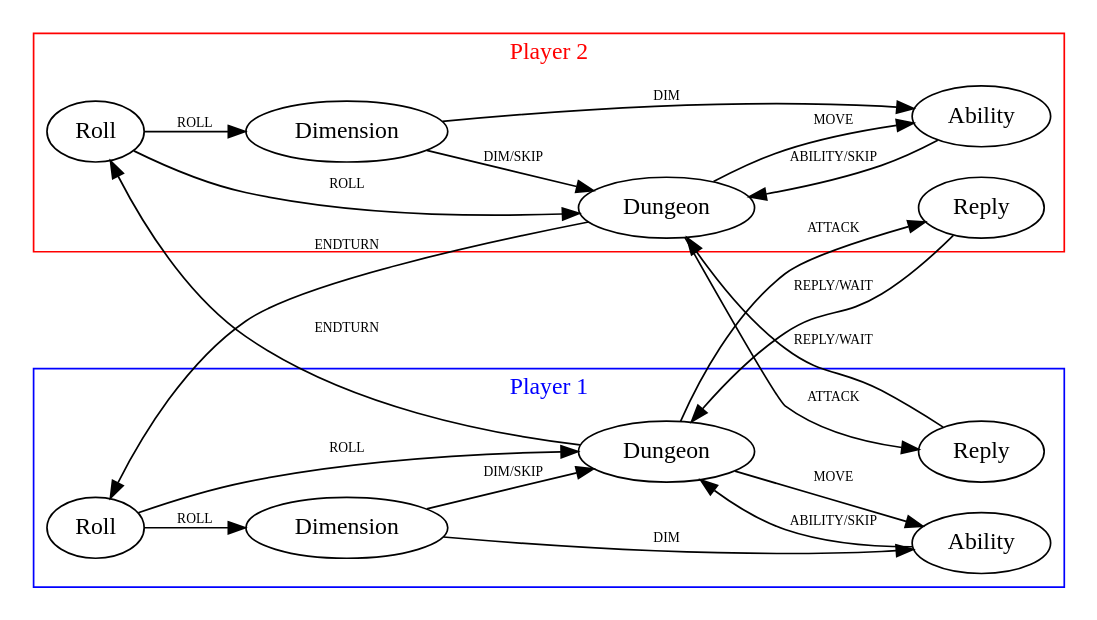
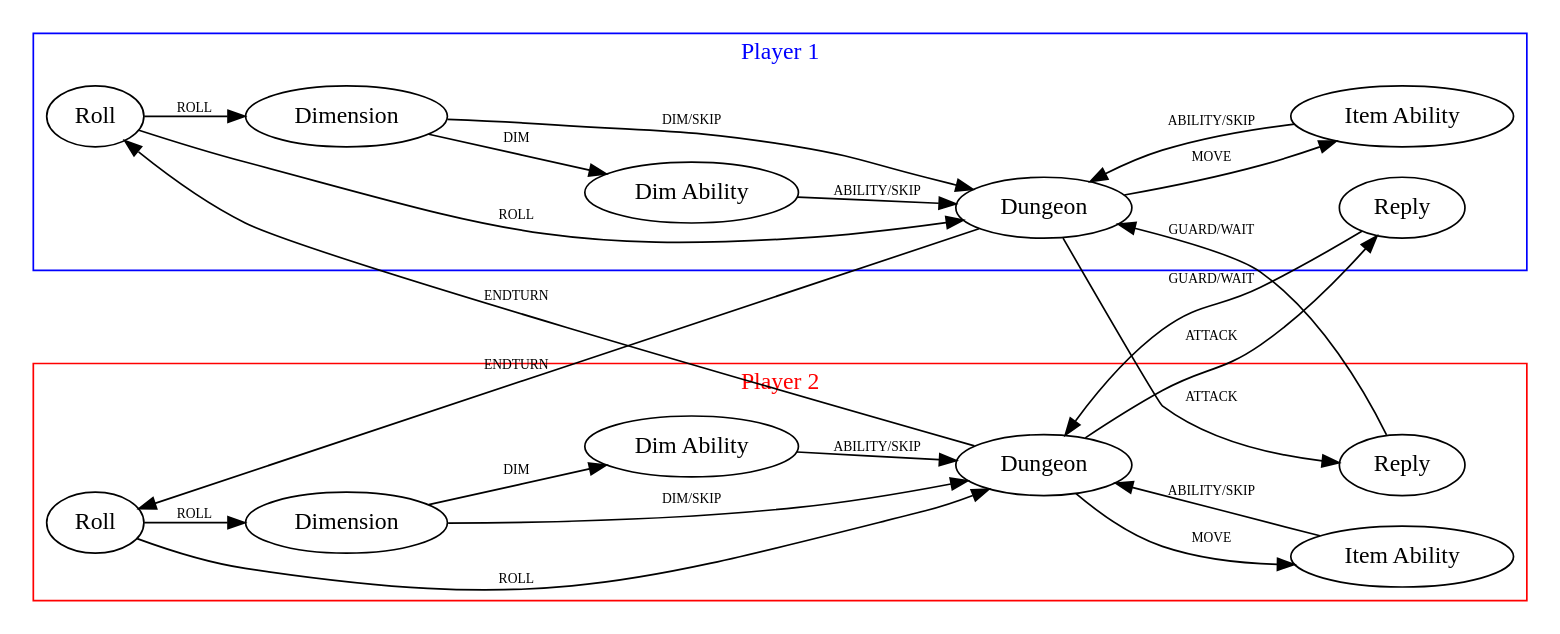
The diagram in docs/diagrams/states.dot (francocurotto/DDMre), drawn with Graphviz before and after one commit. The commit also changed 8 other files, not shown here.

```diff
--- a/docs/diagrams/states.dot
+++ b/docs/diagrams/states.dot
@@ -1,47 +1,53 @@
 digraph states {
-    // node labels
-    rankdir=LR
-    Roll1     [label="Roll"]
-    Dimension1[label="Dimension"]
-    Dungeon1  [label="Dungeon"]
-    Ability1  [label="Ability"]
-    Reply1    [label="Reply"]
-    Roll2     [label="Roll"]
-    Dimension2[label="Dimension"]
-    Dungeon2  [label="Dungeon"]
-    Ability2  [label="Ability"]
-    Reply2    [label="Reply"]
     edge[fontsize=8]
+    // player 2
+	subgraph cluster_2 {
+		label="Player 2"
+        color=red
+        fontcolor=red
+		Roll2        -> Dimension2   [label="ROLL",weight=10]
+		Roll2        -> Dungeon2     [label="ROLL"]
+        Dimension2   -> Dungeon2     [label="DIM/SKIP",weight=10]
+        Dungeon2     -> Reply2       [weight=10, style=invis]
+        Dimension2   -> DimAbility2  [label="DIM"]
+        DimAbility2  -> Dungeon2     [label="ABILITY/SKIP"]
+        Dungeon2     -> ItemAbility2 [label="MOVE"]
+        ItemAbility2 -> Dungeon2     [label="ABILITY/SKIP"]
+	}
     // player 1
 	subgraph cluster_1 {
 		label="Player 1"
         color=blue
         fontcolor=blue
-		Roll1 -> Dimension1 [label="ROLL",weight=10]
-		Roll1 -> Dungeon1 [label="ROLL"]
-        Dimension1 -> Dungeon1 [label="DIM/SKIP",weight=10]
-        Dungeon1 -> Reply1 [weight=10, style=invis]
-        Dimension1 -> Ability1 [label="DIM"]
-        Ability1 -> Dungeon1 [label="ABILITY/SKIP"]
-        Dungeon1 -> Ability1 [label="MOVE"]
+		Roll1        -> Dimension1   [label="ROLL",weight=10]
+		Roll1        -> Dungeon1     [label="ROLL"]
+        Dimension1   -> Dungeon1     [label="DIM/SKIP",weight=10]
+        Dungeon1     -> Reply1       [weight=10, style=invis]
+        Dimension1   -> DimAbility1  [label="DIM"]
+        DimAbility1  -> Dungeon1     [label="ABILITY/SKIP"]
+        Dungeon1     -> ItemAbility1 [label="MOVE"]
+        ItemAbility1 -> Dungeon1     [label="ABILITY/SKIP"]
 	}
-    // player 2
-	subgraph cluster_2 {
-		label="Player 2"
-        color=red
-        fontcolor=red
-		Roll2 -> Dimension2 [label="ROLL",weight=10]
-		Roll2 -> Dungeon2 [label="ROLL"]
-        Dimension2 -> Dungeon2 [label="DIM/SKIP",weight=10]
-        Dungeon2 -> Reply2 [weight=10, style=invis]
-        Dimension2 -> Ability2 [label="DIM"]
-        Ability2 -> Dungeon2 [label="ABILITY/SKIP"]
-        Dungeon2 -> Ability2 [label="MOVE"]
-	}
-	Dungeon1 -> Reply2 [label="ATTACK"]
-	Dungeon2 -> Reply1 [label="ATTACK"]
-	Reply1 -> Dungeon2 [label="REPLY/WAIT"]
-	Reply2 -> Dungeon1 [label="REPLY/WAIT"]
-    Dungeon1 -> Roll2 [label="ENDTURN"]
-    Dungeon2 -> Roll1 [label="ENDTURN"]
+    // node labels
+    rankdir=LR
+    Roll1        [label="Roll"]
+    Dimension1   [label="Dimension"]
+    Dungeon1     [label="Dungeon"]
+    DimAbility1  [label="Dim Ability"]
+    ItemAbility1 [label="Item Ability"]
+    Reply1       [label="Reply"]
+    Roll2        [label="Roll"]
+    Dimension2   [label="Dimension"]
+    Dungeon2     [label="Dungeon"]
+    DimAbility2  [label="Dim Ability"]
+    ItemAbility2 [label="Item Ability"]
+    Reply2       [label="Reply"]
+
+    // inter player edges
+	Dungeon1 -> Reply2   [label="ATTACK"]
+	Dungeon2 -> Reply1   [label="ATTACK"]
+	Reply1   -> Dungeon2 [label="GUARD/WAIT"]
+	Reply2   -> Dungeon1 [label="GUARD/WAIT"]
+    Dungeon1 -> Roll2    [label="ENDTURN"]
+    Dungeon2 -> Roll1    [label="ENDTURN"]
 }
```
